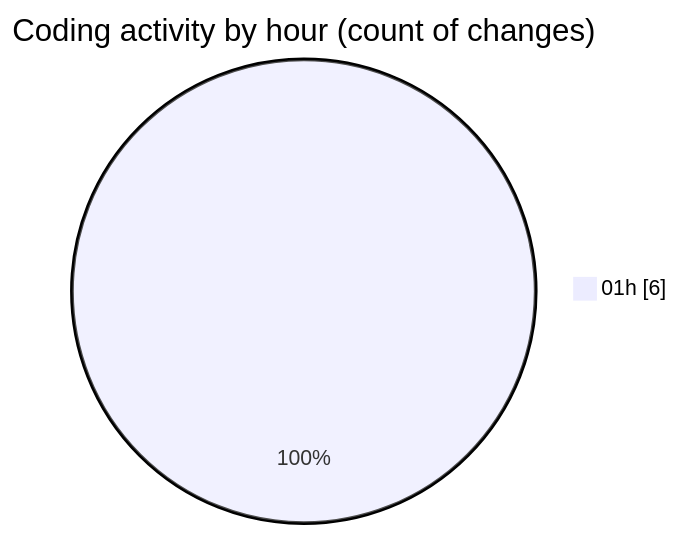
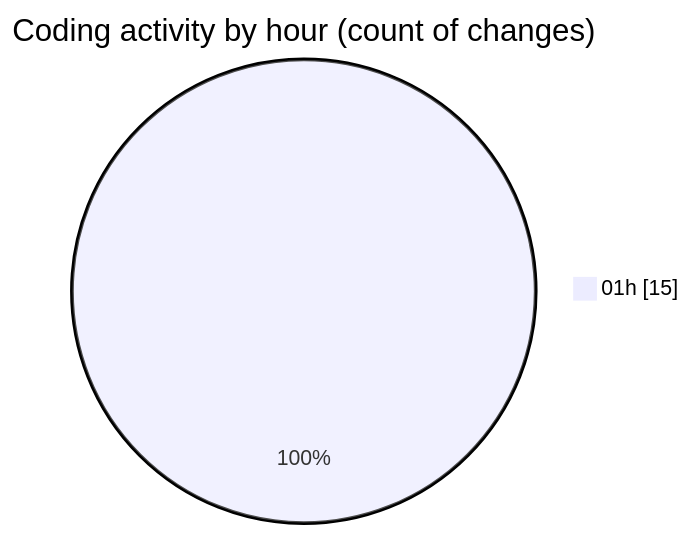
One commit to ernivani/code-tracking changed the second of 2 diagrams in 2025-01-02/ai/README.md. Above: the diagram before and after it, drawn with Mermaid. The commit also changed other lines of this file and 1 other file, not shown here.

````diff
--- a/2025-01-02/ai/README.md
+++ b/2025-01-02/ai/README.md
@@ -29,5 +29,5 @@
 ```mermaid
 pie showData
 title Coding activity by hour (count of changes)
-"01h" : 6
+"01h" : 15
 ```
````
